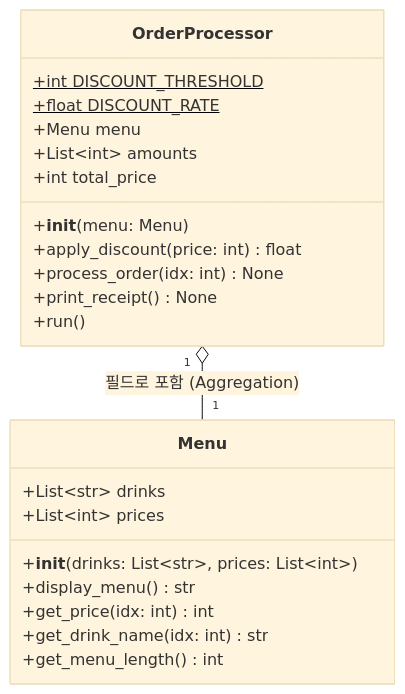
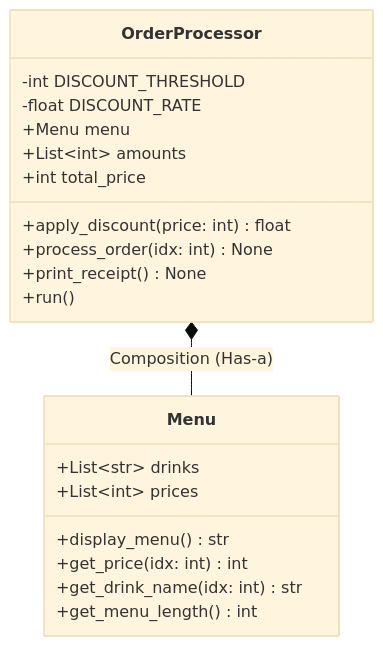
The diagram in week06.md (seaweedtreepot/2026NCS_KIOSK), drawn with Mermaid (base theme) before and after one commit.

Commit message:
week06 ver0.6

````diff
--- a/week06.md
+++ b/week06.md
@@ -1,27 +1,25 @@
 ```mermaid
 classDiagram
     class Menu {
         +List~str~ drinks
         +List~int~ prices
-        +__init__(drinks: List~str~, prices: List~int~)
         +display_menu() str
         +get_price(idx: int) int
         +get_drink_name(idx: int) str
         +get_menu_length() int
     }
 
     class OrderProcessor {
-        +int DISCOUNT_THRESHOLD$
-        +float DISCOUNT_RATE$
+        -int DISCOUNT_THRESHOLD
+        -float DISCOUNT_RATE
         +Menu menu
         +List~int~ amounts
         +int total_price
-        +__init__(menu: Menu)
         +apply_discount(price: int) float
         +process_order(idx: int) None
         +print_receipt() None
         +run()
     }
 
-    OrderProcessor "1"o-- "1"Menu : 필드로 포함 (Aggregation)
+    OrderProcessor *-- Menu : Composition (Has-a)
 ```
````
